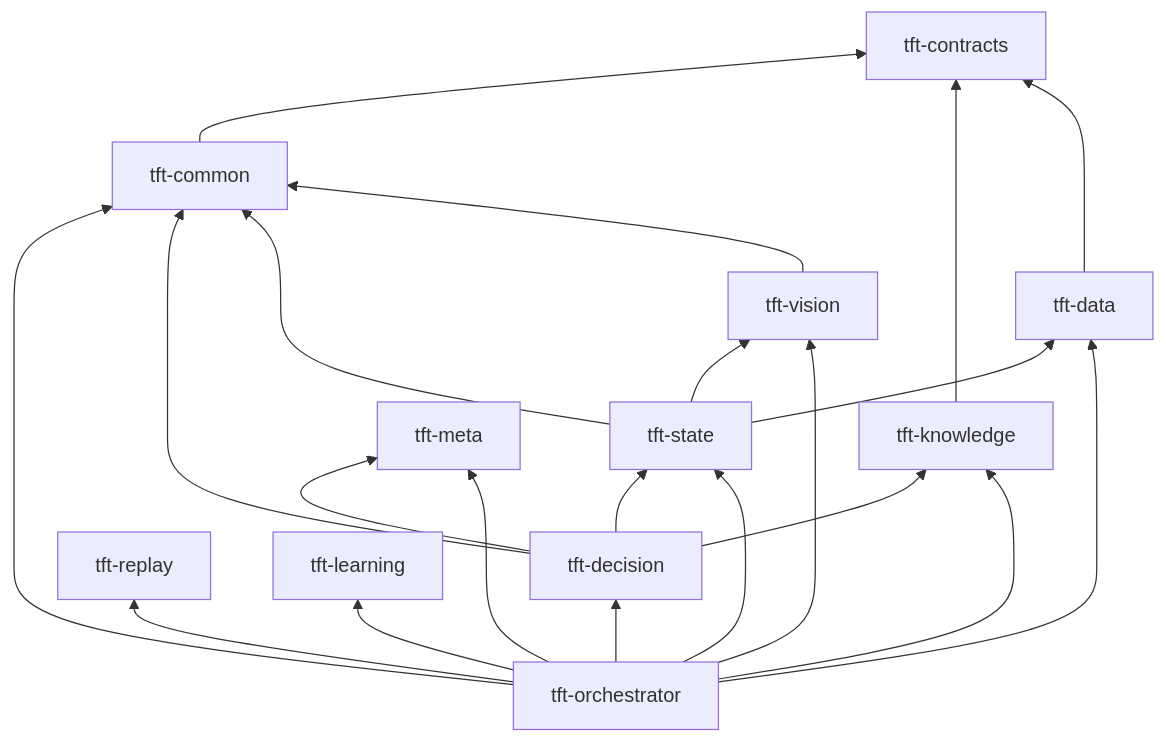
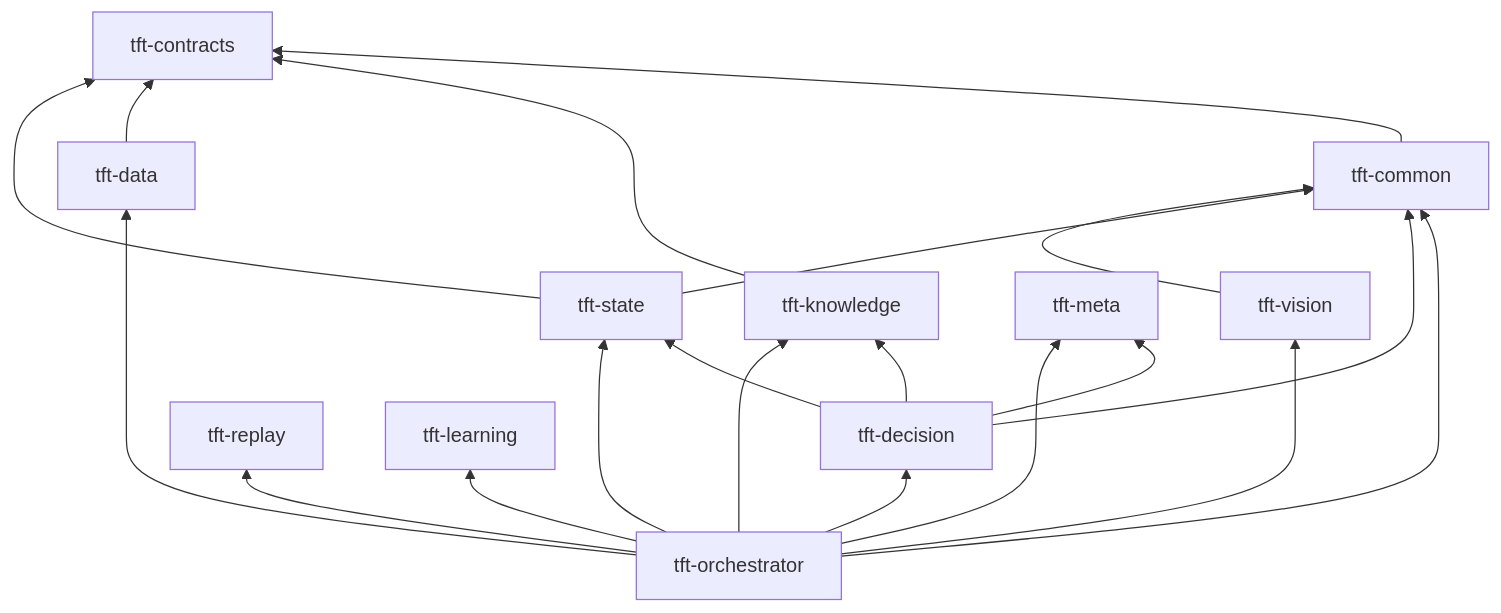
One commit to NealWizard/tft-vision-ai-coach changed the diagram in docs/architecture/modules.md. Above: the diagram before and after it, drawn with Mermaid. The commit also changed other lines of this file and 10 other files, not shown here.

````diff
--- a/docs/architecture/modules.md
+++ b/docs/architecture/modules.md
@@ -38,35 +41,34 @@
 ```mermaid
 flowchart BT
   ORCH[tft-orchestrator]
   DEC[tft-decision]
   STA[tft-state]
   VIS[tft-vision]
   DAT[tft-data]
   KNO[tft-knowledge]
   MET[tft-meta]
   REP[tft-replay]
   LEN[tft-learning]
   COM[tft-common]
   CON[tft-contracts]
 
   ORCH --> DEC
   ORCH --> STA
   ORCH --> VIS
   ORCH --> DAT
   ORCH --> KNO
   ORCH --> MET
   ORCH --> REP
   ORCH --> LEN
   DEC --> STA
   DEC --> MET
   DEC --> KNO
-  STA --> VIS
-  STA --> DAT
+  STA --> CON
   DAT --> CON
   KNO --> CON
   VIS --> COM
   STA --> COM
   DEC --> COM
   ORCH --> COM
   COM --> CON
 ```
````
